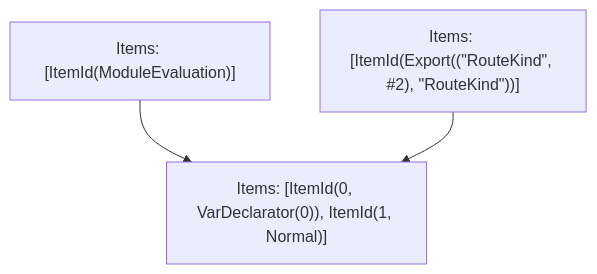
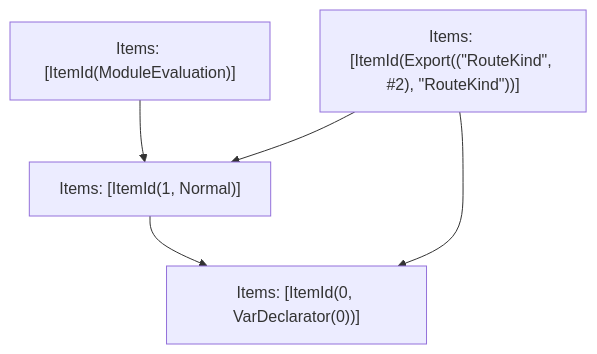
One commit to vercel/turborepo changed the fifth of 5 diagrams in crates/turbopack-ecmascript/tests/tree-shaker/analyzer/route-kind/output.md. Above: the diagram before and after it, drawn with Mermaid. The commit also changed other lines of this file and 22 other files, not shown here.

````diff
--- a/crates/turbopack-ecmascript/tests/tree-shaker/analyzer/route-kind/output.md
+++ b/crates/turbopack-ecmascript/tests/tree-shaker/analyzer/route-kind/output.md
@@ -77,8 +82,11 @@
 ```mermaid
 graph TD
     N0["Items: [ItemId(ModuleEvaluation)]"];
     N1["Items: [ItemId(Export((&quot;RouteKind&quot;, #2), &quot;RouteKind&quot;))]"];
-    N2["Items: [ItemId(0, VarDeclarator(0)), ItemId(1, Normal)]"];
-    N0 --> N2;
+    N2["Items: [ItemId(0, VarDeclarator(0))]"];
+    N3["Items: [ItemId(1, Normal)]"];
+    N0 --> N3;
+    N1 --> N3;
     N1 --> N2;
+    N3 --> N2;
 ```
````
